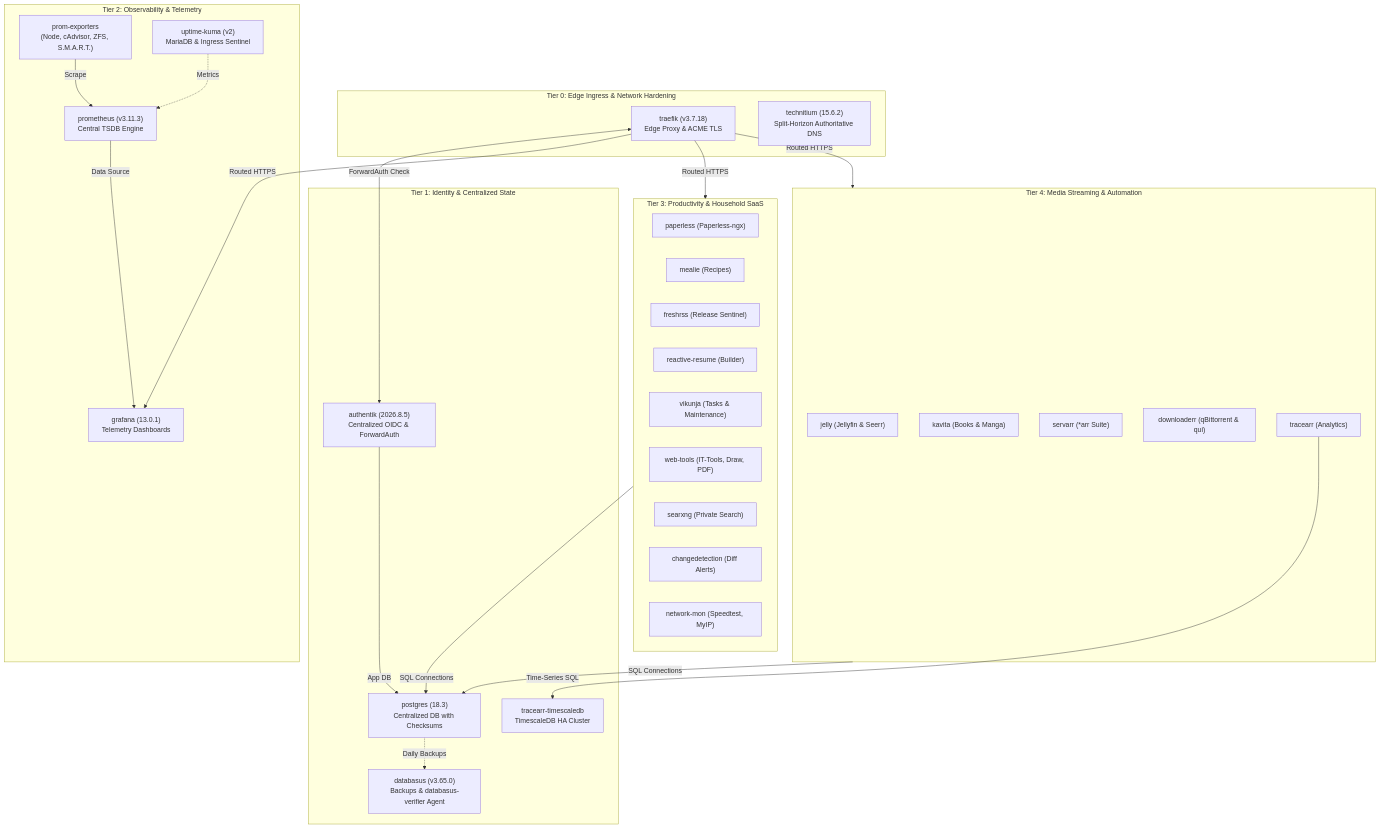
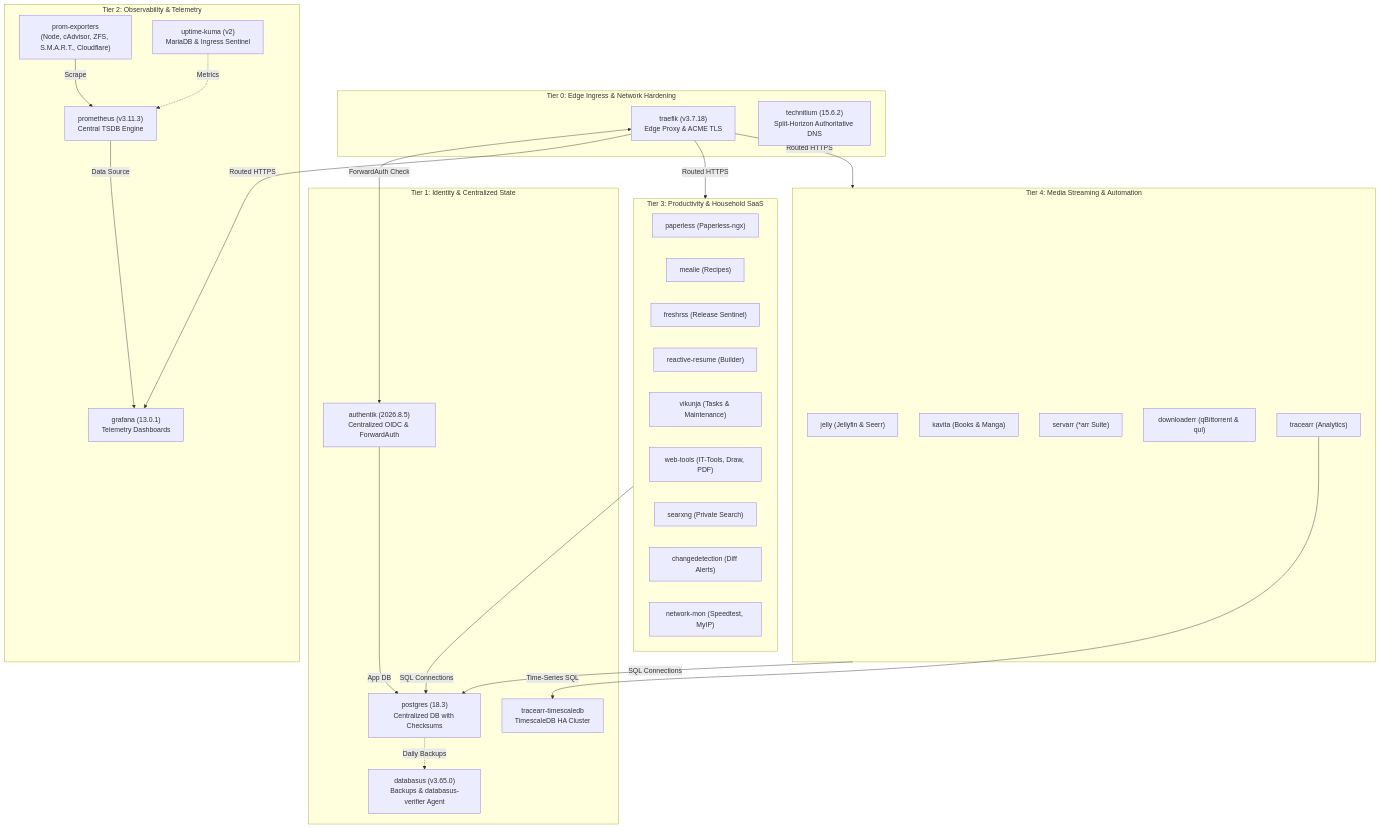
The diagram in compose/README.md (Dr20Ervin/205hlab), drawn with Mermaid before and after one commit. The commit also changed other lines of this file and 7 other files, not shown here.

Commit message:
feat(prom-exporters): add Cloudflare exporter for edge analytics and metrics collection

````diff
--- a/compose/README.md
+++ b/compose/README.md
@@ -50,57 +50,57 @@
 ```mermaid
 flowchart TD
     subgraph Layer0["Tier 0: Edge Ingress & Network Hardening"]
         Traefik["traefik (v3.7.18)\nEdge Proxy & ACME TLS"]
         Technitium["technitium (15.6.2)\nSplit-Horizon Authoritative DNS"]
     end
 
     subgraph Layer1["Tier 1: Identity & Centralized State"]
         Authentik["authentik (2026.8.5)\nCentralized OIDC & ForwardAuth"]
         Postgres["postgres (18.3)\nCentralized DB with Checksums"]
         Databasus["databasus (v3.65.0)\nBackups & databasus-verifier Agent"]
         Timescale["tracearr-timescaledb\nTimescaleDB HA Cluster"]
         Postgres -.->|Daily Backups| Databasus
     end
 
     subgraph Layer2["Tier 2: Observability & Telemetry"]
         Prometheus["prometheus (v3.11.3)\nCentral TSDB Engine"]
-        Exporters["prom-exporters\n(Node, cAdvisor, ZFS, S.M.A.R.T.)"]
+        Exporters["prom-exporters\n(Node, cAdvisor, ZFS, S.M.A.R.T., Cloudflare)"]
         Grafana["grafana (13.0.1)\nTelemetry Dashboards"]
         UptimeKuma["uptime-kuma (v2)\nMariaDB & Ingress Sentinel"]
         Exporters -->|Scrape| Prometheus
         UptimeKuma -.->|Metrics| Prometheus
         Prometheus -->|Data Source| Grafana
     end
 
     subgraph Layer3["Tier 3: Productivity & Household SaaS"]
         Paperless["paperless (Paperless-ngx)"]
         Mealie["mealie (Recipes)"]
         FreshRSS["freshrss (Release Sentinel)"]
         Resume["reactive-resume (Builder)"]
         Vikunja["vikunja (Tasks & Maintenance)"]
         WebTools["web-tools (IT-Tools, Draw, PDF)"]
         SearXNG["searxng (Private Search)"]
         ChangeDet["changedetection (Diff Alerts)"]
         NetMon["network-mon (Speedtest, MyIP)"]
     end
 
     subgraph Layer4["Tier 4: Media Streaming & Automation"]
         Jellyfin["jelly (Jellyfin & Seerr)"]
         Kavita["kavita (Books & Manga)"]
         Servarr["servarr (*arr Suite)"]
         Downloaderr["downloaderr (qBittorrent & qui)"]
         Tracearr["tracearr (Analytics)"]
     end
 
     %% Ingress & Auth Wiring
     Traefik <-->|ForwardAuth Check| Authentik
     Traefik -->|Routed HTTPS| Layer3
     Traefik -->|Routed HTTPS| Layer4
     Traefik -->|Routed HTTPS| Grafana
 
     %% Persistence Wiring
     Layer3 -->|SQL Connections| Postgres
     Layer4 -->|SQL Connections| Postgres
     Tracearr -->|Time-Series SQL| Timescale
     Authentik -->|App DB| Postgres
 ```
````
